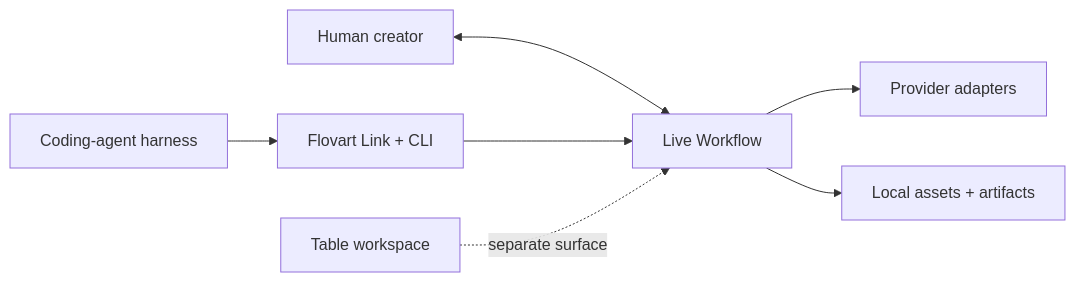
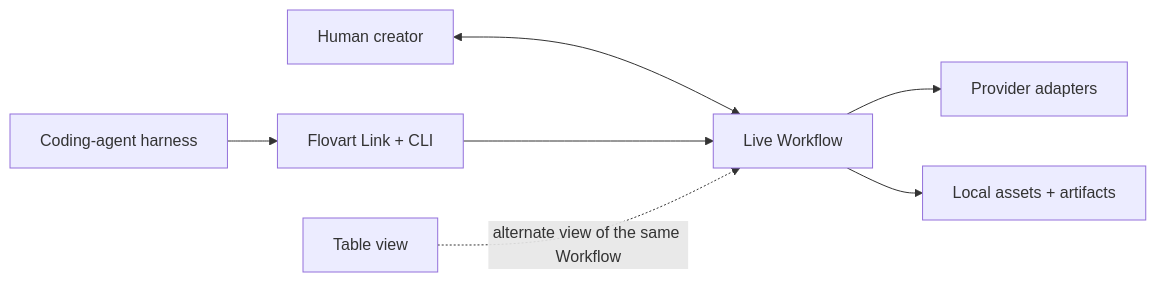
The diagram in README.md (avabbbb/Flovart), drawn with Mermaid before and after one commit. The commit also changed other lines of this file and 9 other files, not shown here.

````diff
--- a/README.md
+++ b/README.md
@@ -304,9 +304,9 @@
 ```mermaid
 flowchart LR
   H["Human creator"] <--> W["Live Workflow"]
   A["Coding-agent harness"] --> L["Flovart Link + CLI"]
   L --> W
   W --> P["Provider adapters"]
   W --> R["Local assets + artifacts"]
-  T["Table workspace"] -. separate surface .-> W
+  T["Table view"] -. alternate view of the same Workflow .-> W
 ```
````
